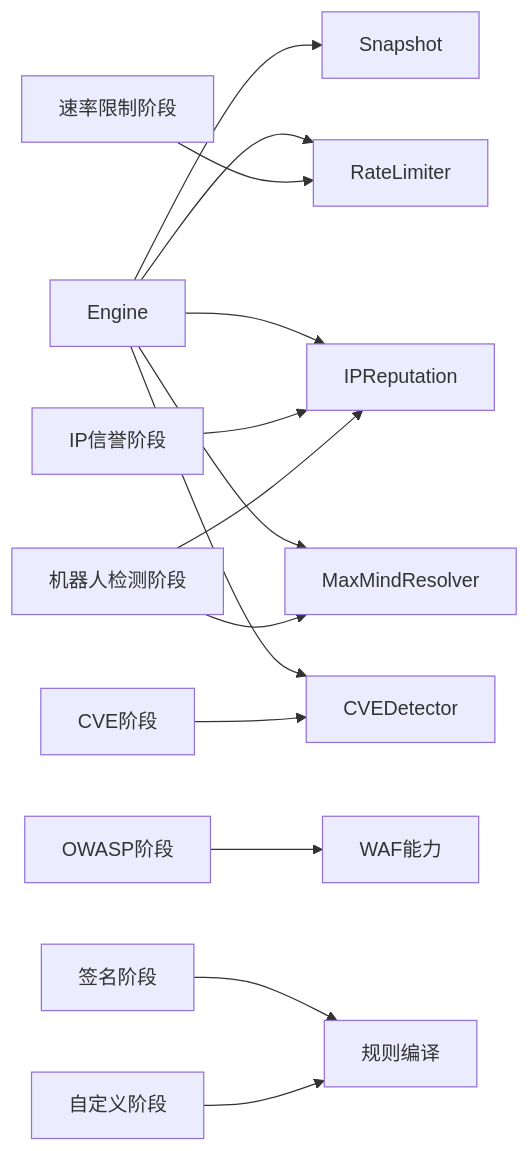
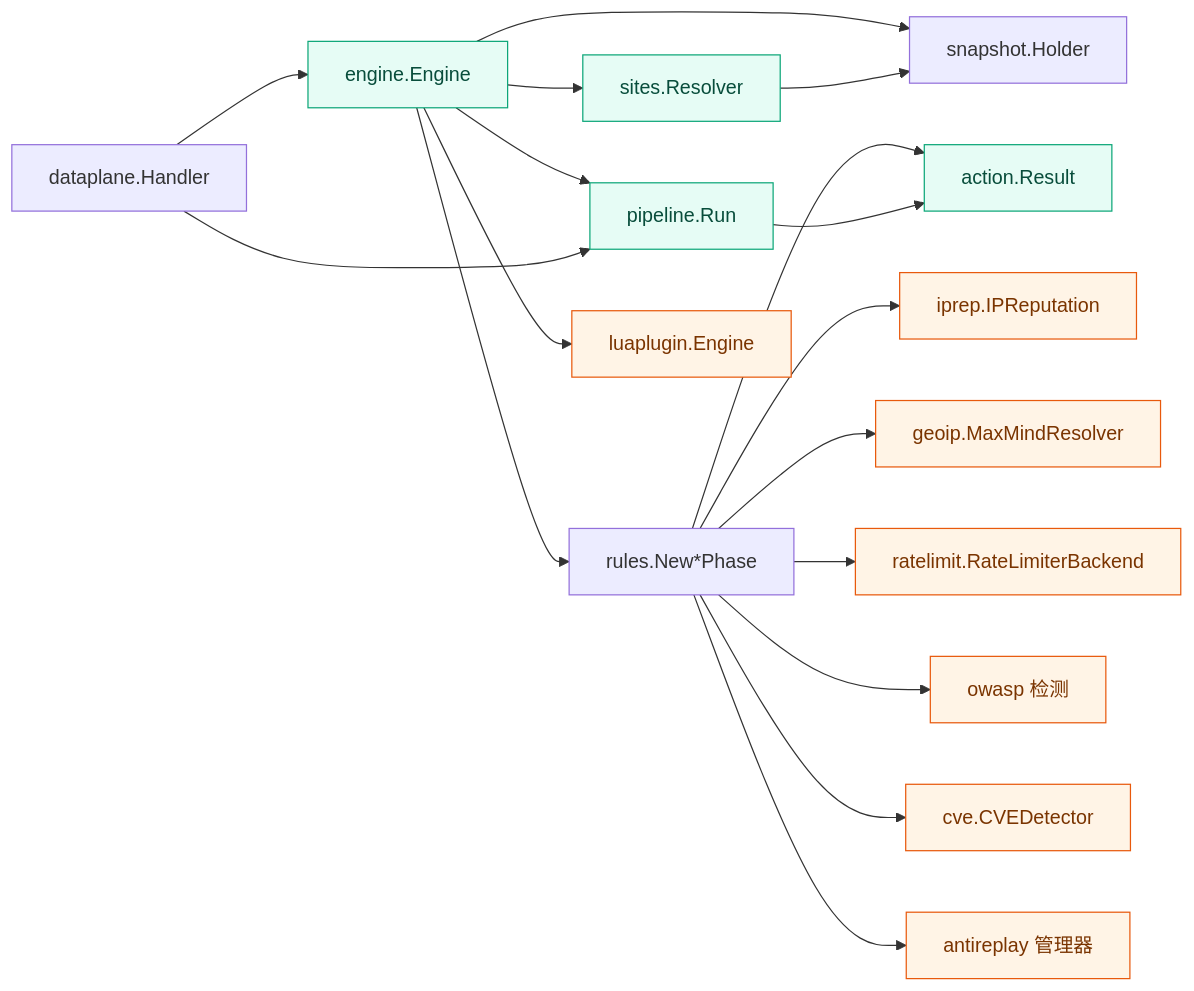
Before and after one commit to x01n/My-OpenWaf: the ninth of 9 diagrams in docs/WAF 引擎系统/引擎核心架构/管道执行机制.md, drawn with Mermaid. The commit also changed other lines of this file and 622 other files, not shown here.

````diff
--- a/docs/WAF 引擎系统/引擎核心架构/管道执行机制.md
+++ b/docs/WAF 引擎系统/引擎核心架构/管道执行机制.md
@@ -320,16 +571,23 @@
 ```mermaid
 graph LR
-ENGINE["Engine"] --> SNAPSHOT["Snapshot"]
-ENGINE --> RL["RateLimiter"]
-ENGINE --> IPREP["IPReputation"]
-ENGINE --> GEO["MaxMindResolver"]
-ENGINE --> CVE["CVEDetector"]
-PH_IPREP["IP信誉阶段"] --> IPREP
-PH_RL["速率限制阶段"] --> RL
-PH_BOT["机器人检测阶段"] --> GEO
-PH_BOT --> IPREP
-PH_OWASP["OWASP阶段"] --> WAF["WAF能力"]
-PH_CVE["CVE阶段"] --> CVE
-PH_SIG["签名阶段"] --> RULES["规则编译"]
-PH_CUSTOM["自定义阶段"] --> RULES
+ENG["engine.Engine"] --> RES["sites.Resolver"]
+ENG --> PIPE["pipeline.Run"]
+ENG --> RULES["rules.New*Phase"]
+ENG --> SNAP["snapshot.Holder"]
+ENG --> LUA["luaplugin.Engine"]
+RULES --> IPREP["iprep.IPReputation"]
+RULES --> GEO["geoip.MaxMindResolver"]
+RULES --> RL["ratelimit.RateLimiterBackend"]
+RULES --> OWASP["owasp 检测"]
+RULES --> CVED["cve.CVEDetector"]
+RULES --> AREP["antireplay 管理器"]
+RULES --> ACT["action.Result"]
+PIPE --> ACT
+RES --> SNAP
+DP["dataplane.Handler"] --> ENG
+DP --> PIPE
+classDef core fill:#e6fcf5,stroke:#0ca678,color:#084d3b
+classDef cap fill:#fff4e6,stroke:#e8590c,color:#7a3400
+class ENG,PIPE,RES,ACT core
+class IPREP,GEO,RL,OWASP,CVED,AREP,LUA cap
 ```
````
